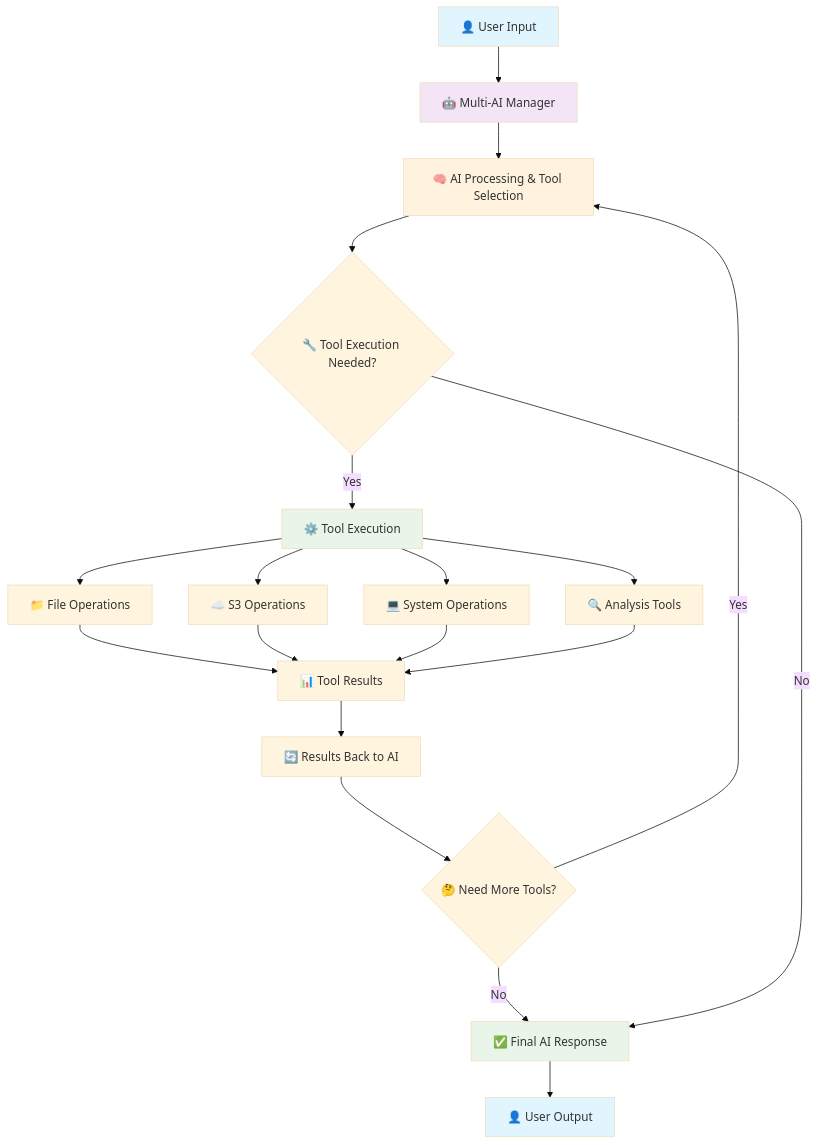
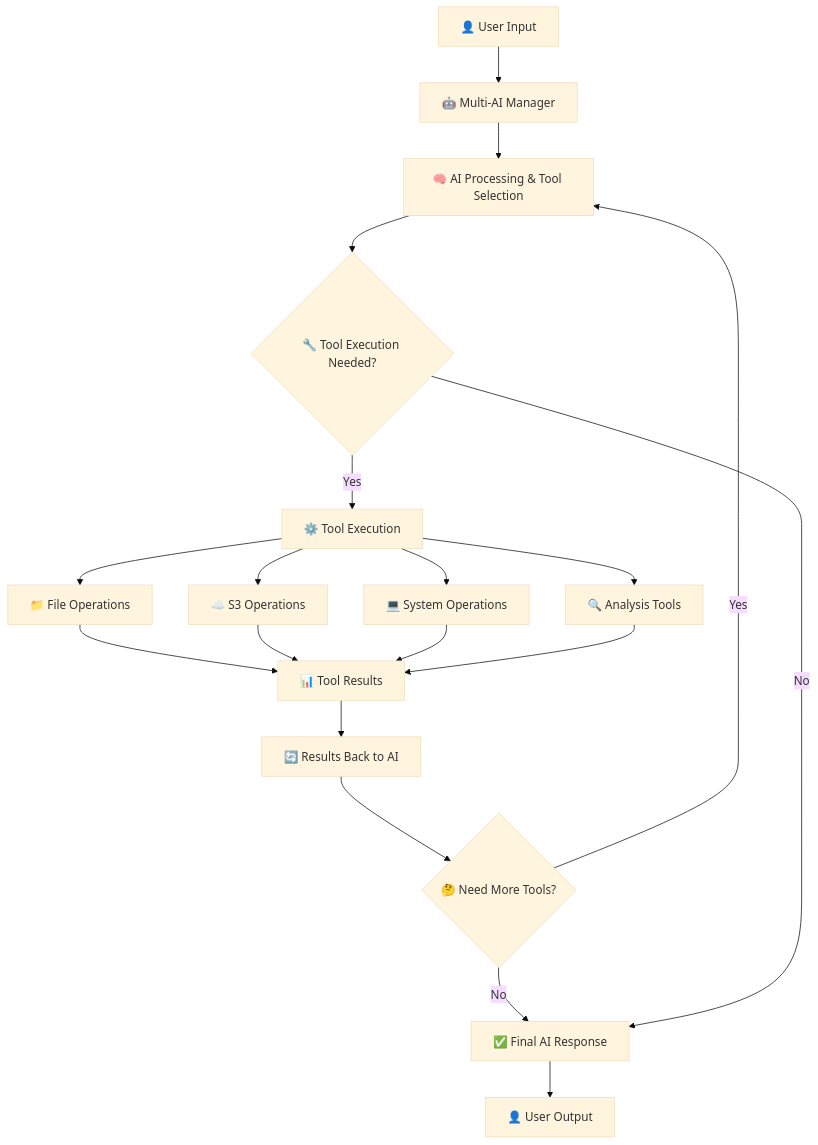
One commit to candrapwr/IdSiberAi-CLI changed the diagram in README.md. Above: the diagram before and after it, drawn with Mermaid (base theme).

Commit message:
update Architecture

````diff
--- a/README.md
+++ b/README.md
@@ -78,32 +78,25 @@
 ```mermaid
 flowchart TD
     A["👤 User Input"] --> B["🤖 Multi-AI Manager"]
     B --> C["🧠 AI Processing & Tool Selection"]
     C --> D{"🔧 Tool Execution Needed?"}
     
     D -->|"Yes"| E["⚙️ Tool Execution"]
     E --> F["📁 File Operations"]
     E --> G["☁️ S3 Operations"]
     E --> H["💻 System Operations"]
     E --> I["🔍 Analysis Tools"]
     
     F --> J["📊 Tool Results"]
     G --> J
     H --> J
     I --> J
     
     J --> K["🔄 Results Back to AI"]
     K --> L{"🤔 Need More Tools?"}
     L -->|"Yes"| C
     L -->|"No"| M["✅ Final AI Response"]
     
     D -->|"No"| M
     M --> N["👤 User Output"]
-    
-    style A fill:#e1f5fe
-    style B fill:#f3e5f5
-    style C fill:#fff3e0
-    style E fill:#e8f5e8
-    style M fill:#e8f5e8
-    style N fill:#e1f5fe
 ```
````
